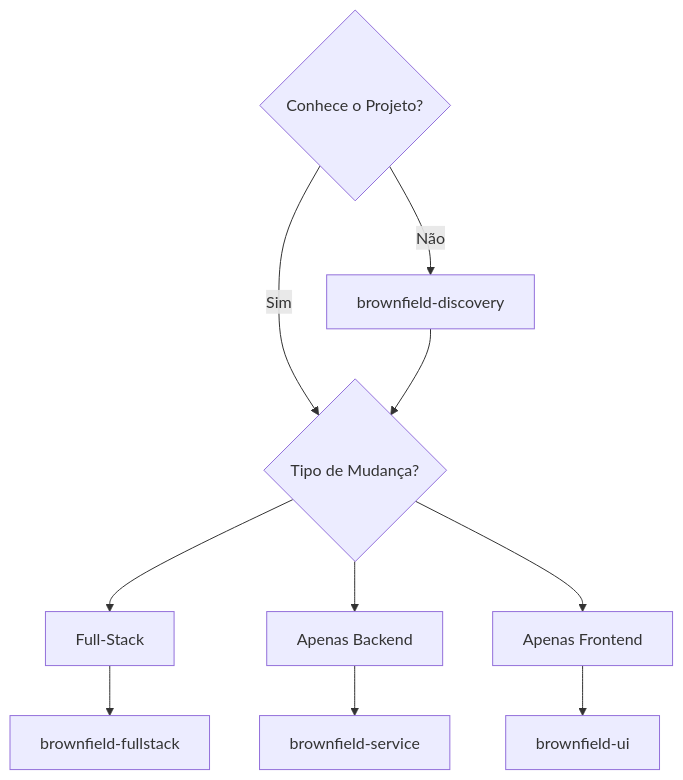
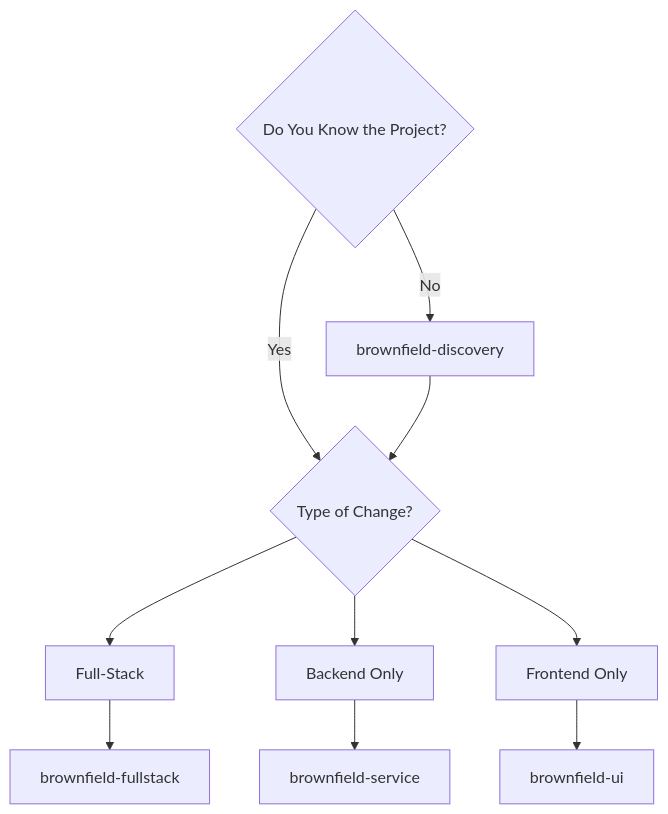
The third of 3 diagrams in docs/aexos-workflows/README.md (CyryxLabs/AEXOS), drawn with Mermaid before and after one commit. The commit also changed other lines of this file and 528 other files, not shown here.

````diff
--- a/docs/aexos-workflows/README.md
+++ b/docs/aexos-workflows/README.md
@@ -173,15 +171,15 @@
 ```mermaid
 flowchart TD
-    A{Conhece o Projeto?} --> |Não| B[brownfield-discovery]
-    A --> |Sim| C{Tipo de Mudança?}
+    A{Do You Know the Project?} --> |No| B[brownfield-discovery]
+    A --> |Yes| C{Type of Change?}
 
     B --> C
 
     C --> D[Full-Stack]
-    C --> E[Apenas Backend]
-    C --> F[Apenas Frontend]
+    C --> E[Backend Only]
+    C --> F[Frontend Only]
 
     D --> G[brownfield-fullstack]
     E --> H[brownfield-service]
     F --> I[brownfield-ui]
 ```
````
